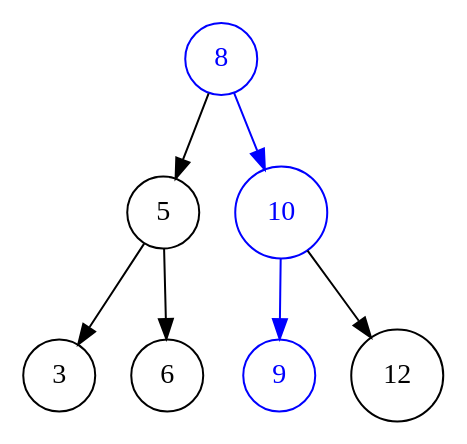
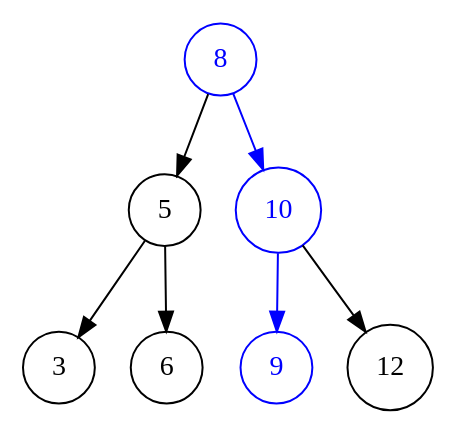
One commit to nrinaudo/nrinaudo.github.com changed the diagram in src/hakyll/images/graphs/binarysearchtrees/contains9.dot. Above: the diagram before and after it, drawn with Graphviz. The commit also changed 3 other files, not shown here.

Commit message:
Changed font used in graphs.

```diff
--- a/src/hakyll/images/graphs/binarysearchtrees/contains9.dot
+++ b/src/hakyll/images/graphs/binarysearchtrees/contains9.dot
@@ -1,17 +1,17 @@
 digraph simple {
-    node  [shape=circle]
+    node  [shape=circle fontname=CabinSketch]
     graph [ordering=out]
 
     8  [fontcolor=blue color=blue]
     10 [fontcolor=blue color=blue]
     9  [fontcolor=blue color=blue]
 
     8 -> 5
     8 -> 10 [color=blue]
 
     5 -> 3
     5 -> 6
 
     10 -> 9 [color=blue]
     10 -> 12
 }
```
